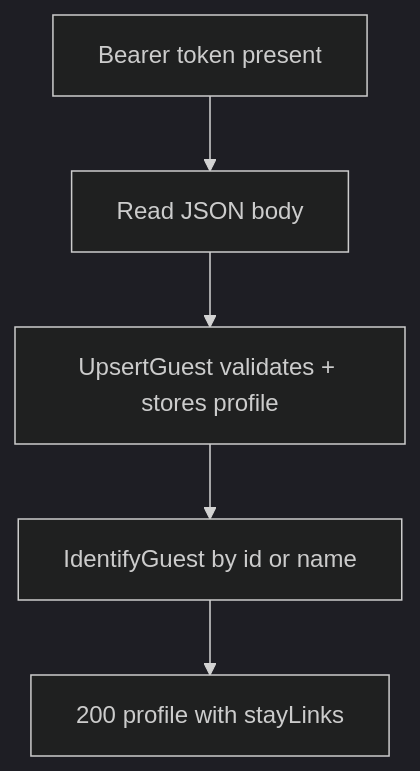
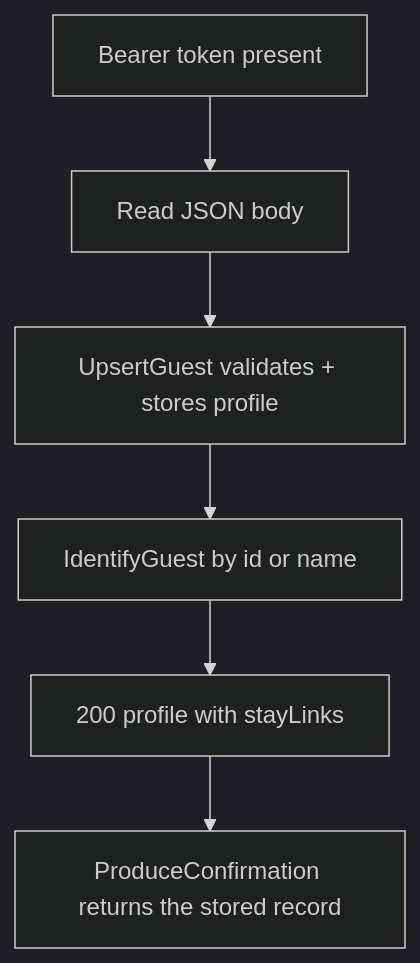
Before and after one commit to MingChen1501/hotel-mgmt: the first of 2 diagrams in docs/architecture/services/guests.md, drawn with Mermaid (dark theme). The commit also changed other lines of this file and 16 other files, not shown here.

First line of the commit message:
docs(architecture): Re-review owned docs against as-built master (#244)

````diff
--- a/docs/architecture/services/guests.md
+++ b/docs/architecture/services/guests.md
@@ -30,7 +30,8 @@
 ```mermaid
 flowchart TD
     A[Bearer token present] --> B[Read JSON body]
     B --> C[UpsertGuest validates + stores profile]
     C --> D[IdentifyGuest by id or name]
     D --> E[200 profile with stayLinks]
+    E --> F[ProduceConfirmation returns the stored record]
 ```
````
